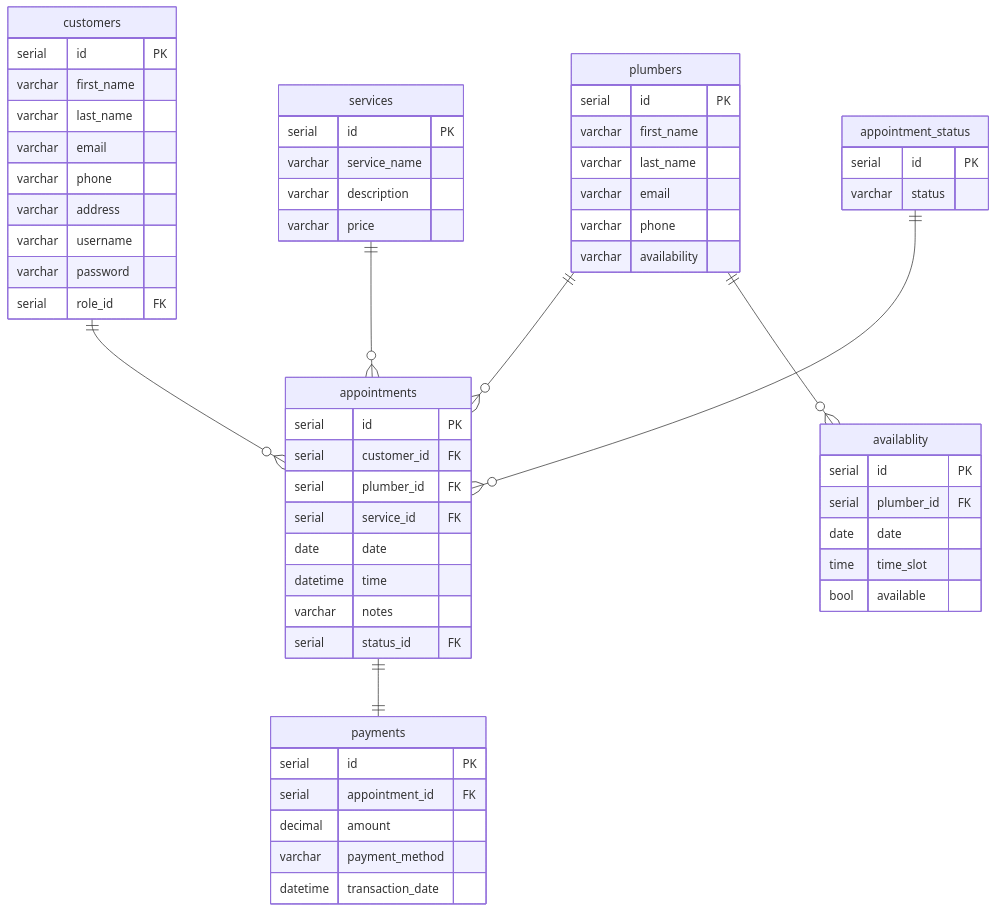
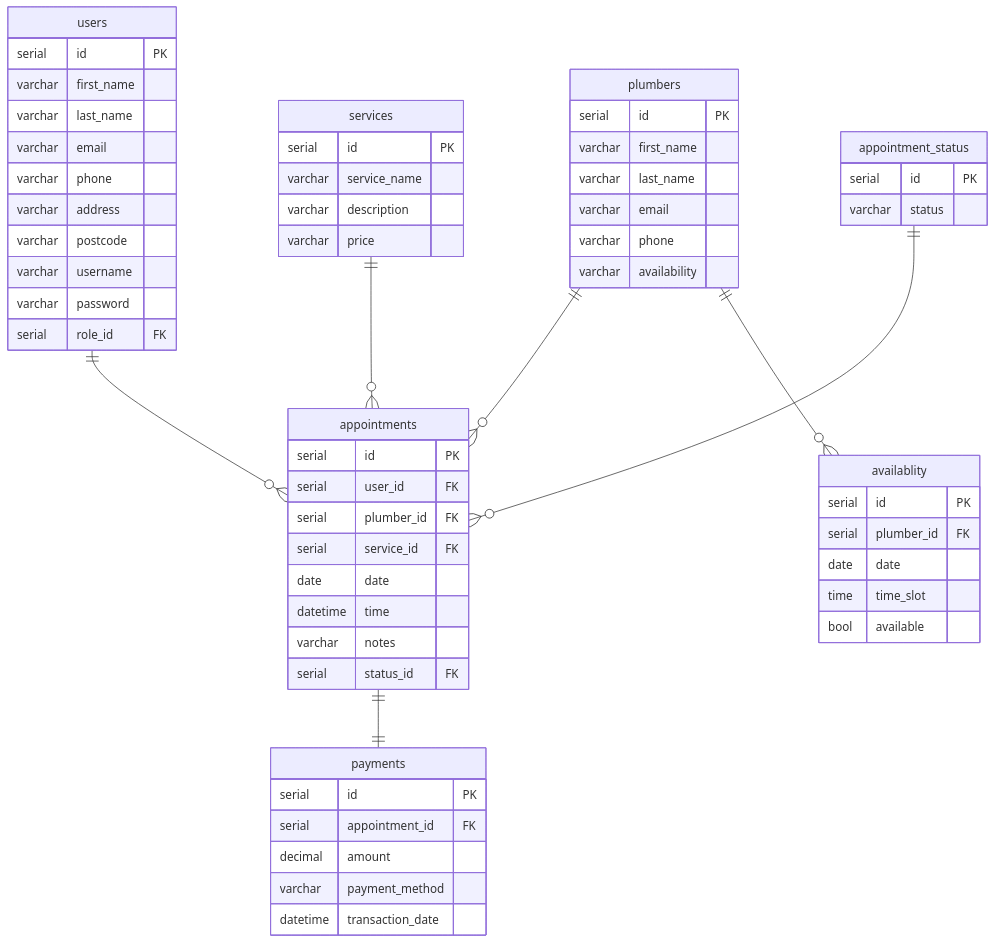
Before and after one commit to KerryK2021/Plumbing-Company-Appointment-System: the second of 2 diagrams in README.md, drawn with Mermaid. The commit also changed other lines of this file, not shown here.

````diff
--- a/README.md
+++ b/README.md
@@ -16,70 +16,71 @@
 ```mermaid
 erDiagram
-  customers {
+  users {
         serial id PK
         varchar first_name
         varchar last_name
         varchar email
         varchar phone
         varchar address
+        varchar postcode
         varchar username
         varchar password
         serial role_id FK
     }
 
     appointments {
         serial id PK
-        serial customer_id FK
+        serial user_id FK
         serial plumber_id FK
         serial service_id FK
         date date
         datetime time
         varchar notes
         serial status_id FK
     }
 
     plumbers {
         serial id PK
         varchar first_name 
         varchar last_name
         varchar email
         varchar phone
         varchar availability
     }
 
     services {
         serial id PK
         varchar service_name
         varchar description
         varchar price
     }
 
     appointment_status {
         serial id PK
         varchar status
     }
 
     payments {
         serial id PK
         serial appointment_id FK
         decimal amount
         varchar payment_method 
         datetime transaction_date
     }
 
     availablity {
         serial id PK
         serial plumber_id FK
         date date
         time time_slot
         bool available
     }
 
-    customers ||--o{ appointments : ""
+    users ||--o{ appointments : ""
     plumbers ||--o{ appointments : ""
     services ||--o{ appointments : ""
     appointment_status ||--o{ appointments : ""
     appointments ||--|| payments : ""
     plumbers ||--o{ availablity : ""
 
 ```
````
